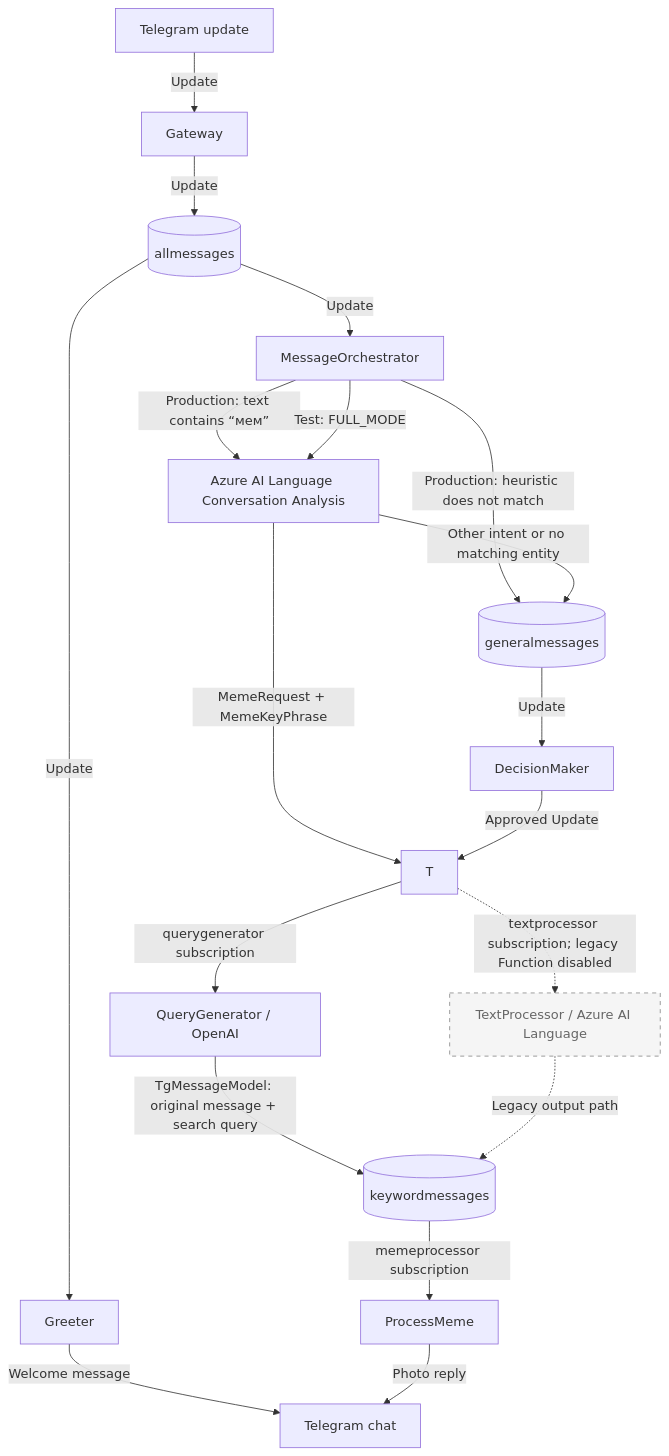
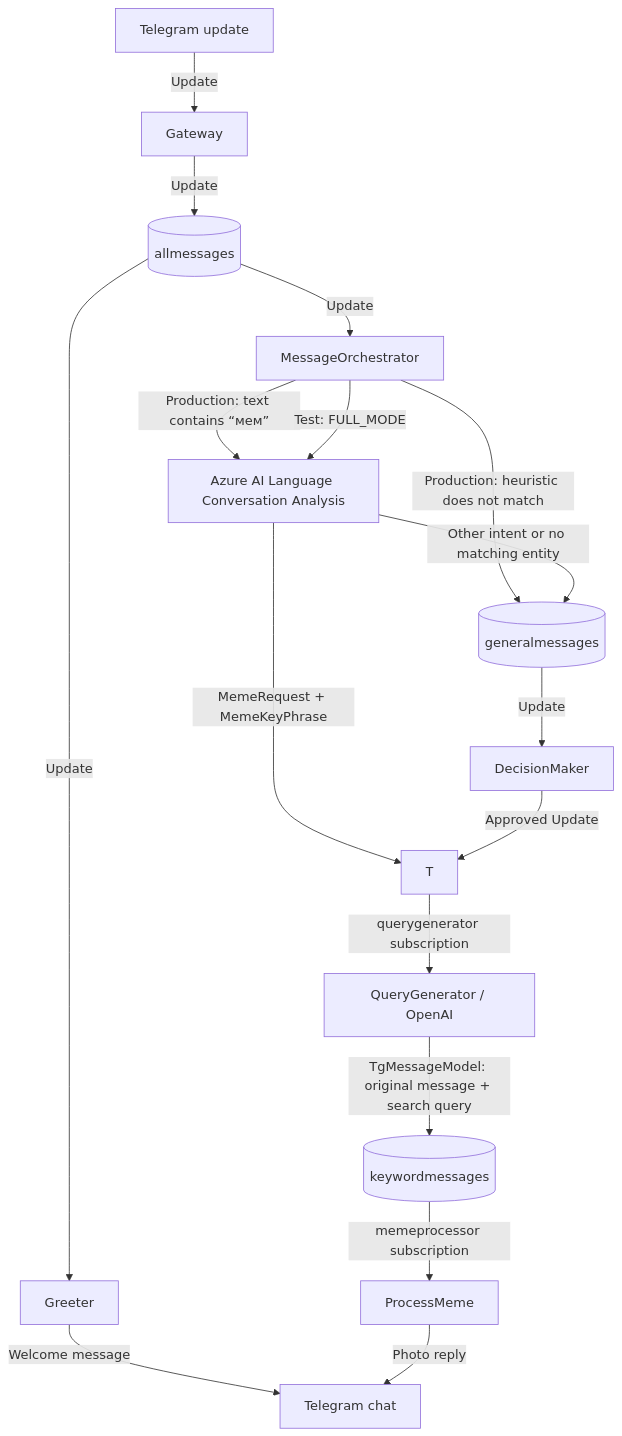
One commit to ArtemKiyashko/memesfinder-infrastructure changed the diagram in README.md. Above: the diagram before and after it, drawn with Mermaid. The commit also changed other lines of this file and 3 other files, not shown here.

Commit message:
remove text processor

````diff
--- a/README.md
+++ b/README.md
@@ -58,23 +56,19 @@
 ```mermaid
 flowchart TD;
 A[Telegram update] -->|Update| B[Gateway]
 B -->|Update| C[(allmessages)]
 C -->|Update| O[MessageOrchestrator]
 C -->|Update| G[Greeter]
 G -->|Welcome message| TG[Telegram chat]
 O -->|Production: text contains “мем”| AI[Azure AI Language Conversation Analysis]
 O -->|Production: heuristic does not match| GM[(generalmessages)]
 O -->|Test: FULL_MODE| AI
 AI -->|MemeRequest + MemeKeyPhrase| T
 AI -->|Other intent or no matching entity| GM
 GM -->|Update| D[DecisionMaker]
 D -->|Approved Update| T
 T -->|querygenerator subscription| Q[QueryGenerator / OpenAI]
 Q -->|TgMessageModel: original message + search query| K[(keywordmessages)]
 K -->|memeprocessor subscription| P[ProcessMeme]
 P -->|Photo reply| TG
-T -.->|textprocessor subscription; legacy Function disabled| L[TextProcessor / Azure AI Language]
-L -.->|Legacy output path| K
-classDef legacy fill:#f5f5f5,stroke:#888,stroke-dasharray: 5 5,color:#666;
-class L legacy;
 ```
````
